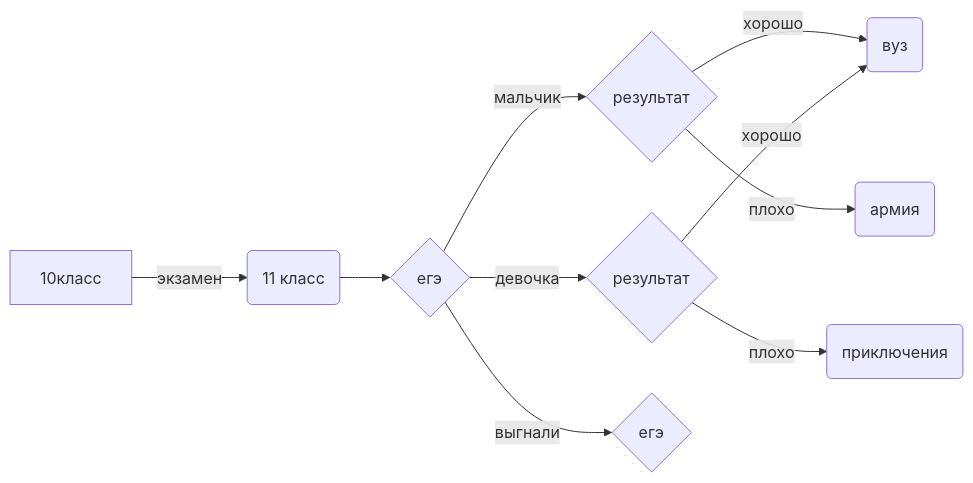
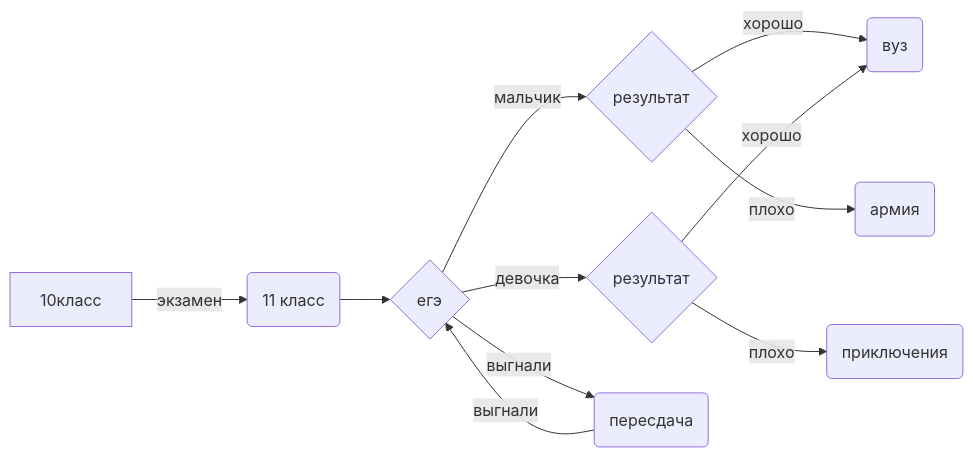
Before and after one commit to nmt132/132-NOVIKOV: the diagram in README.md, drawn with Mermaid.

````diff
--- a/README.md
+++ b/README.md
@@ -31,13 +31,14 @@
 ```mermaid
 flowchart LR
 
 A[10класс] -->|экзамен| B(11 класс)
 B --> C{егэ}
 C -->|мальчик| D{результат}
 C -->|девочка| E{результат}
 D -->|хорошо|F(вуз)
 E -->|хорошо|F(вуз)
 D -->|плохо|G(армия)
 E -->|плохо|H(приключения)
-C -->|выгнали|С{егэ}
+C -->|выгнали|J(пересдача)
+J -->|выгнали|C{егэ}
 ```
````
